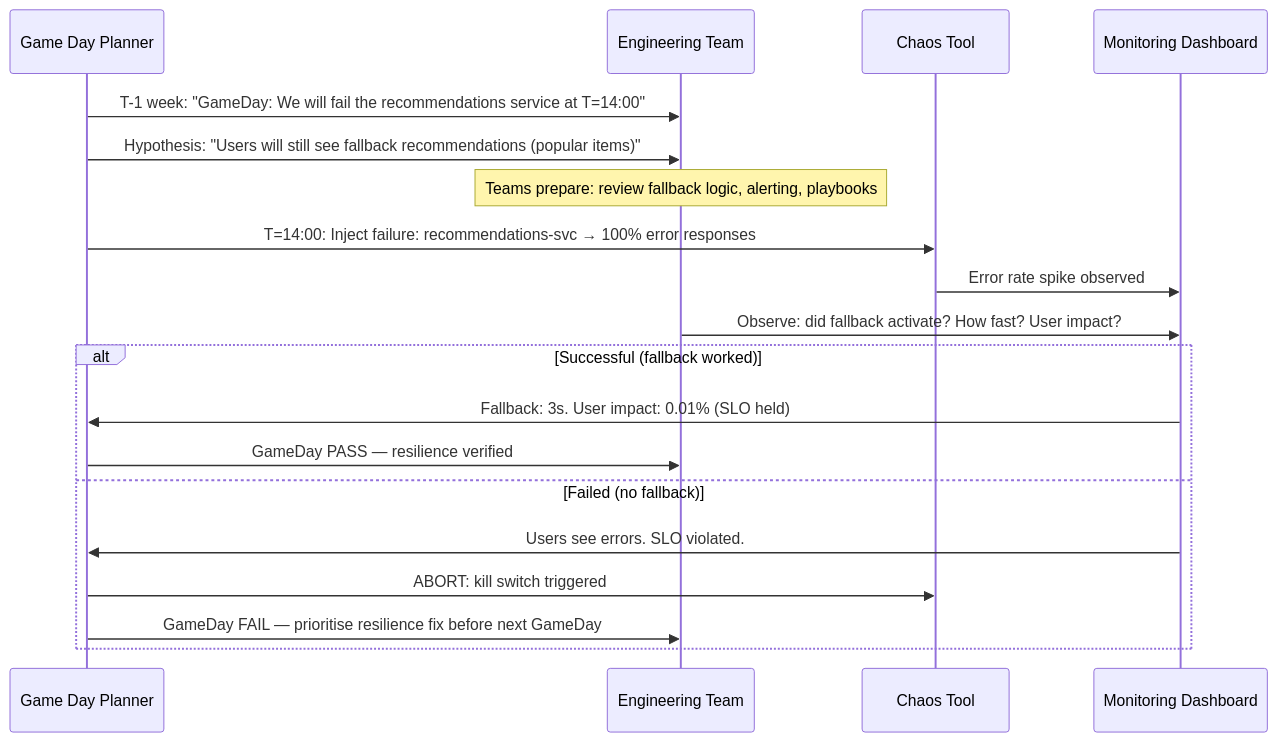
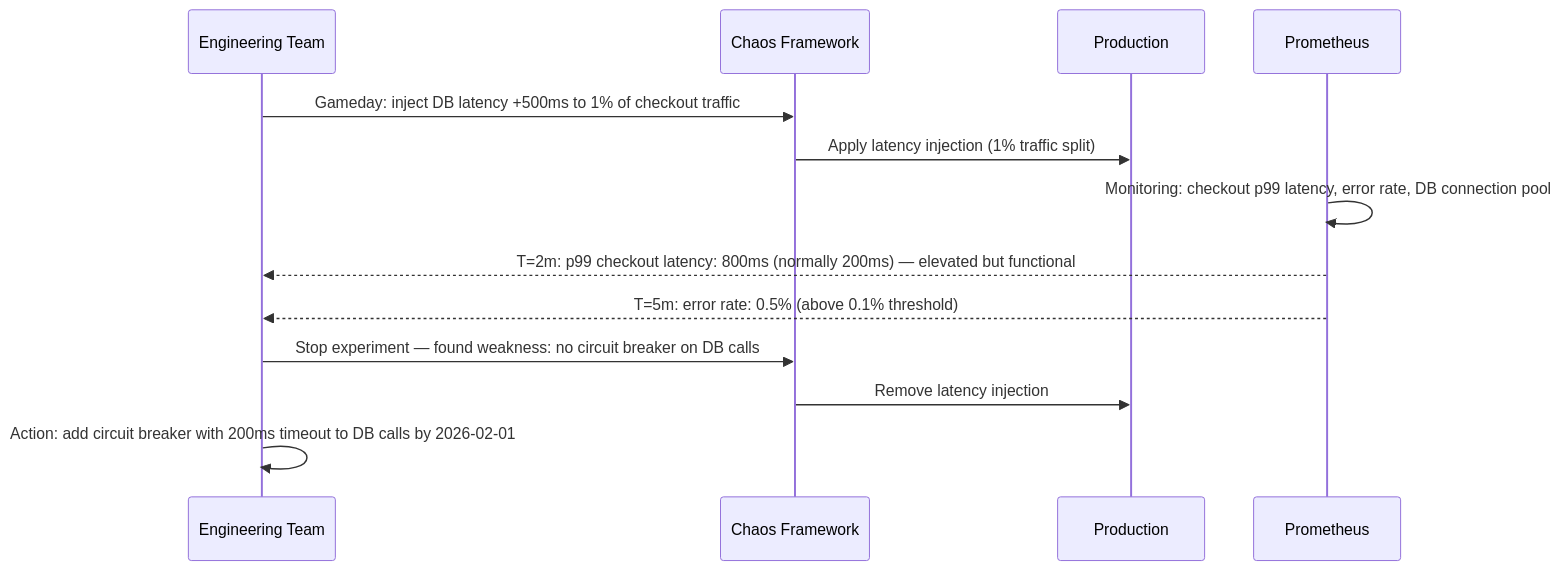
The ninth of 12 diagrams in docs-site/content/12-interview-prep/question-bank/observability-sre/incident-response-systems.md (gauravprwl14/system-design-course), drawn with Mermaid before and after one commit. The commit also changed other lines of this file and 3 other files, not shown here.

Commit message:
feat(question-bank): mobile-architecture COMPLETE (offline-first-sync + mobile-app-architecture)

````diff
--- a/docs-site/content/12-interview-prep/question-bank/observability-sre/incident-response-systems.md
+++ b/docs-site/content/12-interview-prep/question-bank/observability-sre/incident-response-systems.md
@@ -285,25 +348,16 @@
 ```mermaid
 sequenceDiagram
-  participant PM as Game Day Planner
   participant Team as Engineering Team
-  participant Chaos as Chaos Tool
-  participant Monitor as Monitoring Dashboard
+  participant CF as Chaos Framework
+  participant Prod as Production
+  participant Prom as Prometheus
 
-  PM->>Team: T-1 week: "GameDay: We will fail the recommendations service at T=14:00"
-  PM->>Team: Hypothesis: "Users will still see fallback recommendations (popular items)"
-
-  Note over Team: Teams prepare: review fallback logic, alerting, playbooks
-
-  PM->>Chaos: T=14:00: Inject failure: recommendations-svc → 100% error responses
-  Chaos->>Monitor: Error rate spike observed
-  Team->>Monitor: Observe: did fallback activate? How fast? User impact?
-
-  alt Successful (fallback worked)
-    Monitor->>PM: Fallback: 3s. User impact: 0.01% (SLO held)
-    PM->>Team: GameDay PASS — resilience verified
-  else Failed (no fallback)
-    Monitor->>PM: Users see errors. SLO violated.
-    PM->>Chaos: ABORT: kill switch triggered
-    PM->>Team: GameDay FAIL — prioritise resilience fix before next GameDay
-  end
+  Team->>CF: Gameday: inject DB latency +500ms to 1% of checkout traffic
+  CF->>Prod: Apply latency injection (1% traffic split)
+  Prom->>Prom: Monitoring: checkout p99 latency, error rate, DB connection pool
+  Prom-->>Team: T=2m: p99 checkout latency: 800ms (normally 200ms) — elevated but functional
+  Prom-->>Team: T=5m: error rate: 0.5% (above 0.1% threshold)
+  Team->>CF: Stop experiment — found weakness: no circuit breaker on DB calls
+  CF->>Prod: Remove latency injection
+  Team->>Team: Action: add circuit breaker with 200ms timeout to DB calls by 2026-02-01
 ```
````
